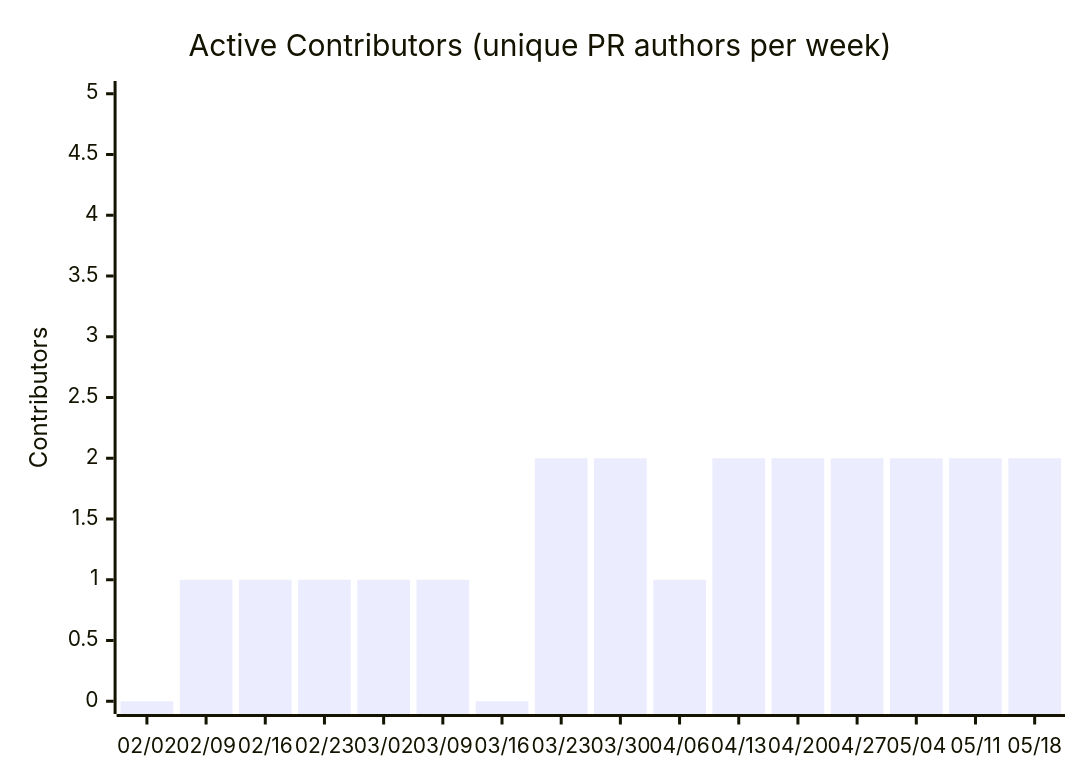
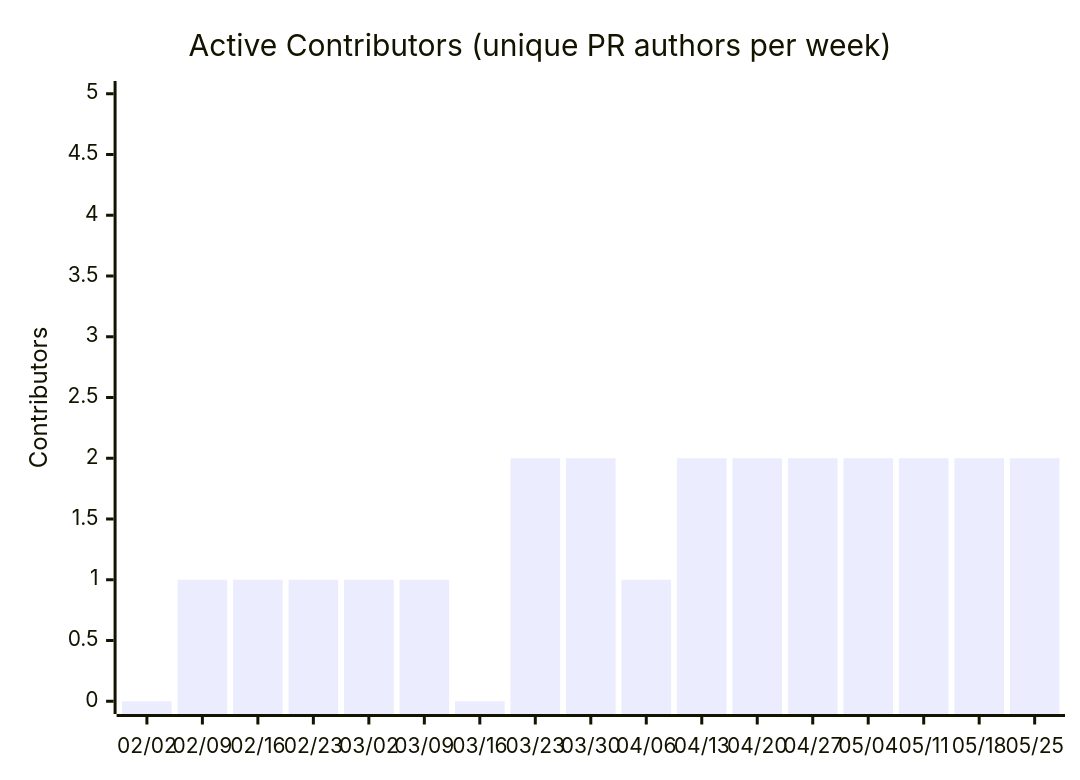
Before and after one commit to nablarch/nabledge-dev: the seventh of 14 diagrams in docs/metrics.md, drawn with Mermaid. The commit also changed other lines of this file and 2 other files, not shown here.

````diff
--- a/docs/metrics.md
+++ b/docs/metrics.md
@@ -109,7 +109,7 @@
 ```mermaid
 xychart-beta
   title "Active Contributors (unique PR authors per week)"
-  x-axis ["02/02", "02/09", "02/16", "02/23", "03/02", "03/09", "03/16", "03/23", "03/30", "04/06", "04/13", "04/20", "04/27", "05/04", "05/11", "05/18"]
+  x-axis ["02/02", "02/09", "02/16", "02/23", "03/02", "03/09", "03/16", "03/23", "03/30", "04/06", "04/13", "04/20", "04/27", "05/04", "05/11", "05/18", "05/25"]
   y-axis "Contributors" 0 --> 5
-  bar [0, 1, 1, 1, 1, 1, 0, 2, 2, 1, 2, 2, 2, 2, 2, 2]
+  bar [0, 1, 1, 1, 1, 1, 0, 2, 2, 1, 2, 2, 2, 2, 2, 2, 2]
 ```
````
